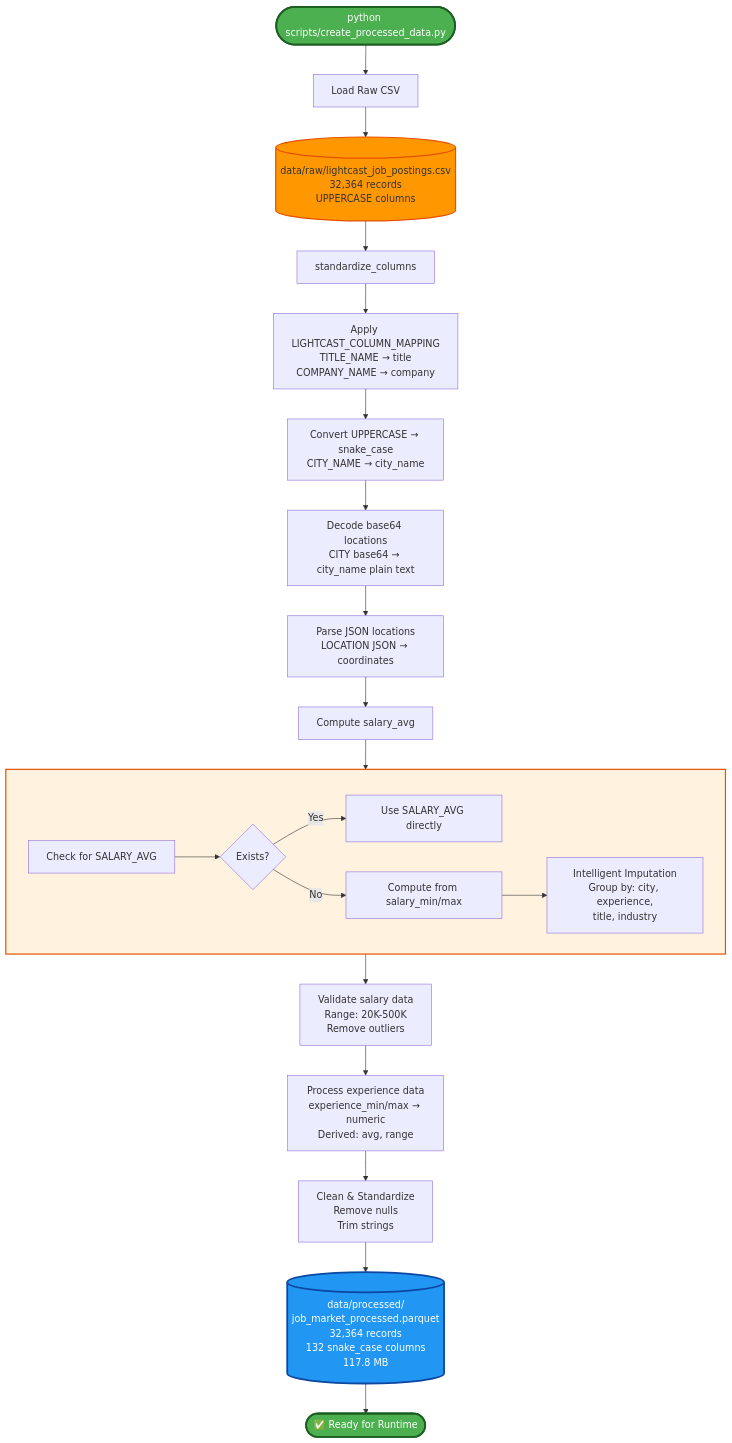
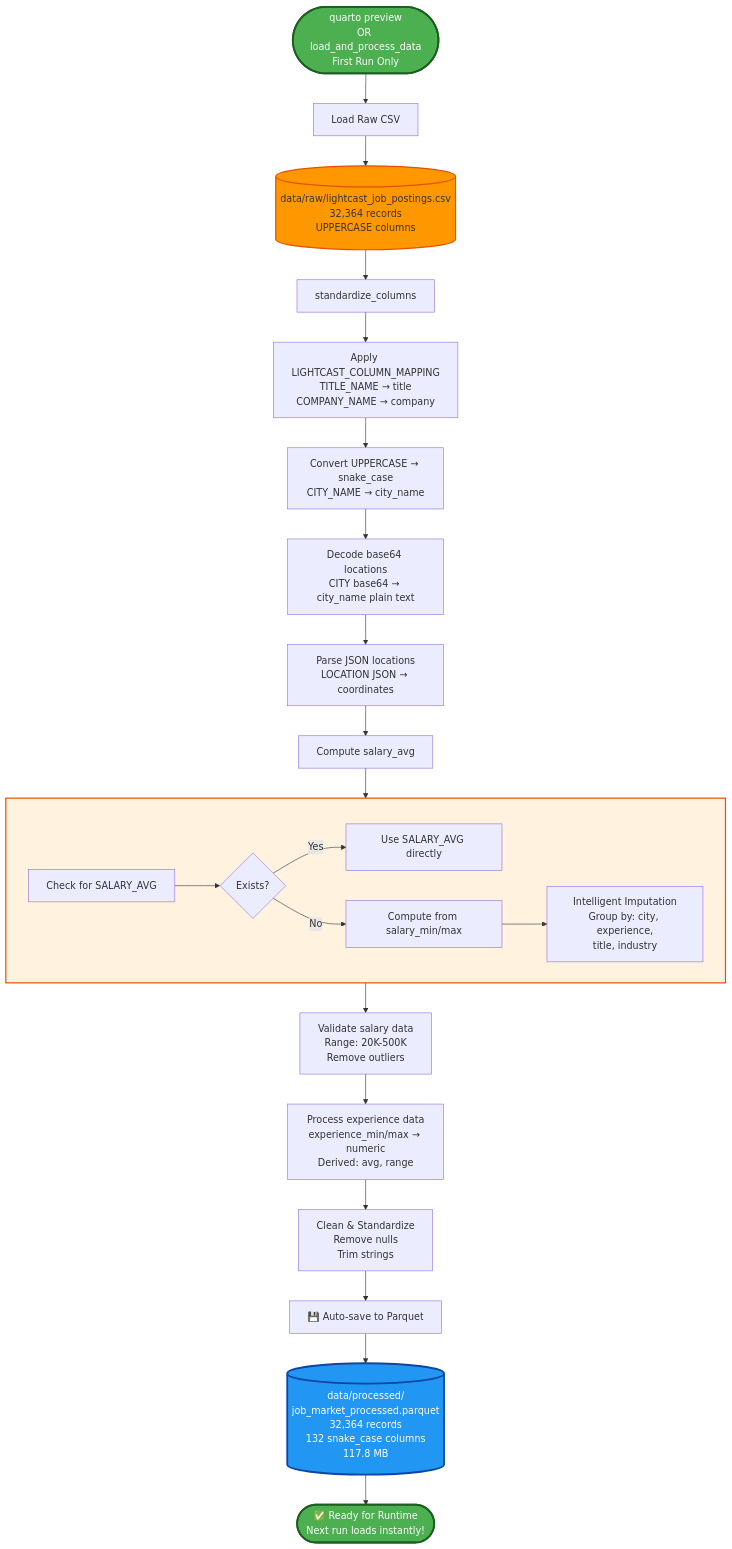
Before and after one commit to samarthya/ad688-scratch: the eighth of 19 diagrams in ARCHITECTURE.md, drawn with Mermaid. The commit also changed other lines of this file and 2 other files, not shown here.

Commit message:
The clean up should work seemlessly now

````diff
--- a/ARCHITECTURE.md
+++ b/ARCHITECTURE.md
@@ -346,46 +347,48 @@
 ```mermaid
 flowchart TD
-    START([python scripts/create_processed_data.py])
+    START([quarto preview<br/>OR load_and_process_data<br/>First Run Only])
     RAW[(data/raw/lightcast_job_postings.csv<br/>32,364 records<br/>UPPERCASE columns)]
 
     START --> LOAD[Load Raw CSV]
     LOAD --> RAW
     RAW --> STANDARDIZE[standardize_columns]
 
     STANDARDIZE --> MAP[Apply LIGHTCAST_COLUMN_MAPPING<br/>TITLE_NAME → title<br/>COMPANY_NAME → company]
     MAP --> SNAKE[Convert UPPERCASE → snake_case<br/>CITY_NAME → city_name]
     SNAKE --> DECODE[Decode base64 locations<br/>CITY base64 → city_name plain text]
     DECODE --> JSON[Parse JSON locations<br/>LOCATION JSON → coordinates]
 
     JSON --> SALARY[Compute salary_avg]
 
     subgraph SALARY_COMPUTE[" "]
         S1[Check for SALARY_AVG]
         S2{Exists?}
         S3[Use SALARY_AVG directly]
         S4[Compute from salary_min/max]
         S5[Intelligent Imputation<br/>Group by: city, experience,<br/>title, industry]
 
         S1 --> S2
         S2 -->|Yes| S3
         S2 -->|No| S4
         S4 --> S5
     end
 
     SALARY --> SALARY_COMPUTE
     SALARY_COMPUTE --> VALIDATE[Validate salary data<br/>Range: 20K-500K<br/>Remove outliers]
 
     VALIDATE --> EXPERIENCE[Process experience data<br/>experience_min/max → numeric<br/>Derived: avg, range]
 
     EXPERIENCE --> CLEAN[Clean & Standardize<br/>Remove nulls<br/>Trim strings]
 
-    CLEAN --> PARQUET[(data/processed/<br/>job_market_processed.parquet<br/>32,364 records<br/>132 snake_case columns<br/>117.8 MB)]
+    CLEAN --> SAVE[💾 Auto-save to Parquet]
 
-    PARQUET --> DONE([✅ Ready for Runtime])
+    SAVE --> PARQUET[(data/processed/<br/>job_market_processed.parquet<br/>32,364 records<br/>132 snake_case columns<br/>117.8 MB)]
+
+    PARQUET --> DONE([✅ Ready for Runtime<br/>Next run loads instantly!])
 
     style START fill:#4caf50,stroke:#1b5e20,stroke-width:3px,color:#fff
     style DONE fill:#4caf50,stroke:#1b5e20,stroke-width:3px,color:#fff
     style RAW fill:#ff9800,stroke:#e65100,stroke-width:2px
     style PARQUET fill:#2196f3,stroke:#0d47a1,stroke-width:3px,color:#fff
     style SALARY_COMPUTE fill:#fff3e0,stroke:#e65100,stroke-width:2px
 ```
````
